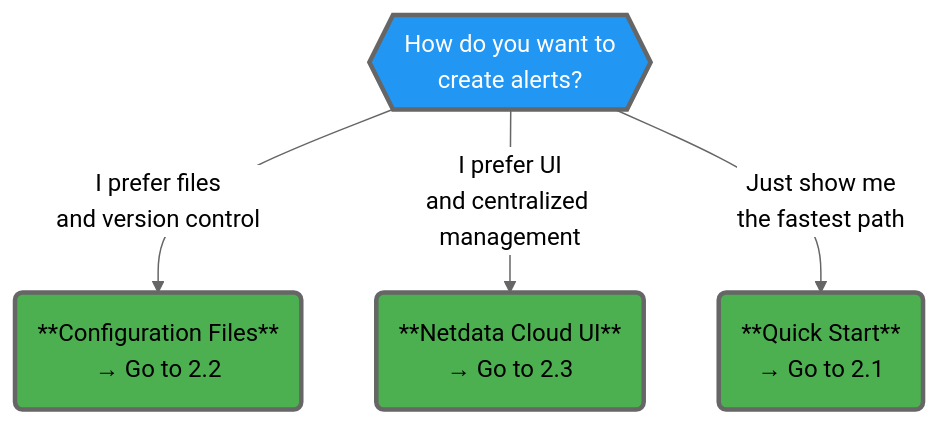
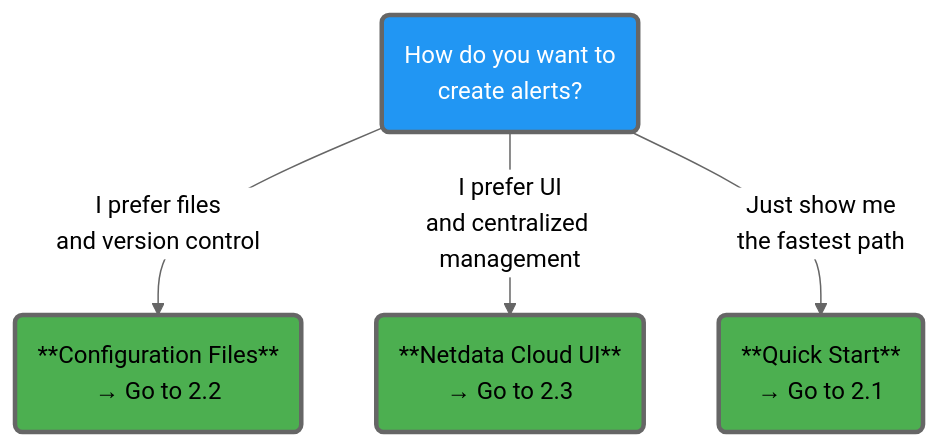
The diagram in docs/alerts/creating-alerts-pages/creating-alerts.md (netdata/netdata), drawn with Mermaid (neutral theme) before and after one commit.

Commit message:
fix another flowchart

````diff
--- a/docs/alerts/creating-alerts-pages/creating-alerts.md
+++ b/docs/alerts/creating-alerts-pages/creating-alerts.md
@@ -39,16 +39,15 @@
 ```mermaid
 flowchart TD
-    Start{{"How do you want to<br/>create alerts?"}}
-    
-    Start -->|"I prefer files<br/>and version control"| Files("**Configuration Files**<br/>→ Go to 2.2")
-    Start -->|"I prefer UI<br/>and centralized management"| Cloud("**Netdata Cloud UI**<br/>→ Go to 2.3")
-    Start -->|"Just show me<br/>the fastest path"| Quick("**Quick Start**<br/>→ Go to 2.1")
-    
-    %% Style definitions
-    classDef decision fill:#2196F3,stroke:#666666,stroke-width:3px,color:#ffffff,font-size:16px
-    classDef option fill:#4caf50,stroke:#666666,stroke-width:3px,color:#000000,font-size:16px
-    
-    %% Apply styles
+    Start("How do you want to<br/>create alerts?")
+    Start -->|" I prefer files<br/>and version control "| Files("**Configuration Files**<br/>→ Go to 2.2")
+    Start -->|" I prefer UI<br/>and centralized management "| Cloud("**Netdata Cloud UI**<br/>→ Go to 2.3")
+    Start -->|" Just show me<br/>the fastest path "| Quick("**Quick Start**<br/>→ Go to 2.1")
+%% Style definitions
+    classDef decision fill: #2196F3, stroke: #666666, stroke-width: 3px, color: #ffffff, font-size: 16px
+    classDef option fill: #4caf50, stroke: #666666, stroke-width: 3px, color: #000000, font-size: 16px
+%% Apply styles
     class Start decision
-    class Files,Cloud,Quick option
+    class Files option
+    class Cloud option
+    class Quick option
 ```
````
